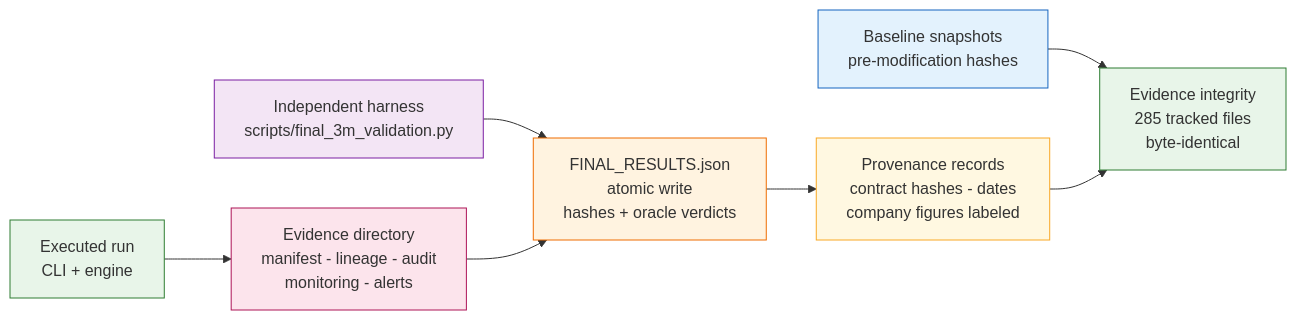
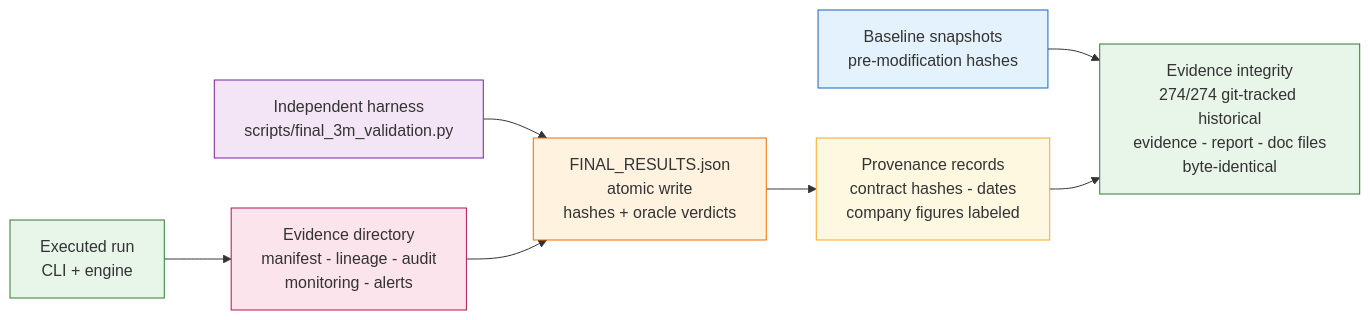
The fifth of 5 diagrams in README.md (aladdinoo/Data-Quality-Validation-Platform-v2), drawn with Mermaid before and after one commit. The commit also changed other lines of this file, not shown here.

````diff
--- a/README.md
+++ b/README.md
@@ -380,16 +384,16 @@
 ```mermaid
 flowchart LR
     RUN[Executed run<br/>CLI + engine] --> EV[Evidence directory<br/>manifest - lineage - audit<br/>monitoring - alerts]
     SCRIPT[Independent harness<br/>scripts/final_3m_validation.py] --> FINAL[FINAL_RESULTS.json<br/>atomic write<br/>hashes + oracle verdicts]
     EV --> FINAL
     FINAL --> PROV[Provenance records<br/>contract hashes - dates<br/>company figures labeled]
-    BASE[Baseline snapshots<br/>pre-modification hashes] --> VERIFY[Evidence integrity<br/>285 tracked files<br/>byte-identical]
+    BASE[Baseline snapshots<br/>pre-modification hashes] --> VERIFY[Evidence integrity<br/>274/274 git-tracked historical<br/>evidence - report - doc files<br/>byte-identical]
     PROV --> VERIFY
     style RUN fill:#E8F5E9,stroke:#2E7D32
     style EV fill:#FCE4EC,stroke:#AD1457
     style SCRIPT fill:#F3E5F5,stroke:#7B1FA2
     style FINAL fill:#FFF3E0,stroke:#EF6C00
     style PROV fill:#FFF8E1,stroke:#F9A825
     style BASE fill:#E3F2FD,stroke:#1565C0
     style VERIFY fill:#E8F5E9,stroke:#2E7D32
 ```
````
